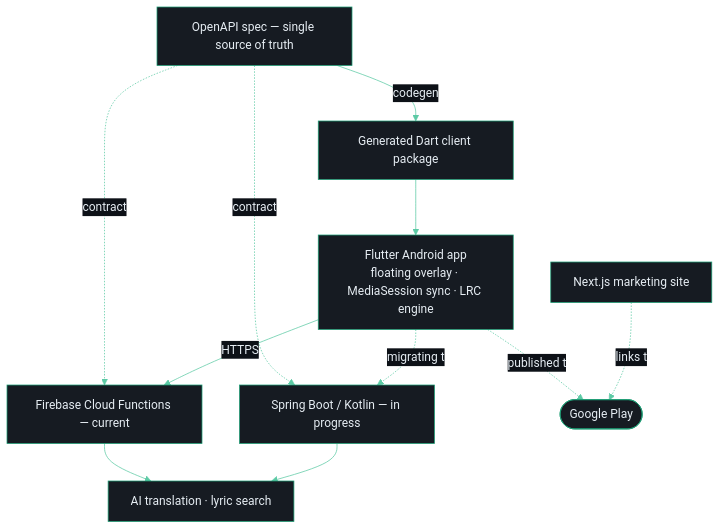
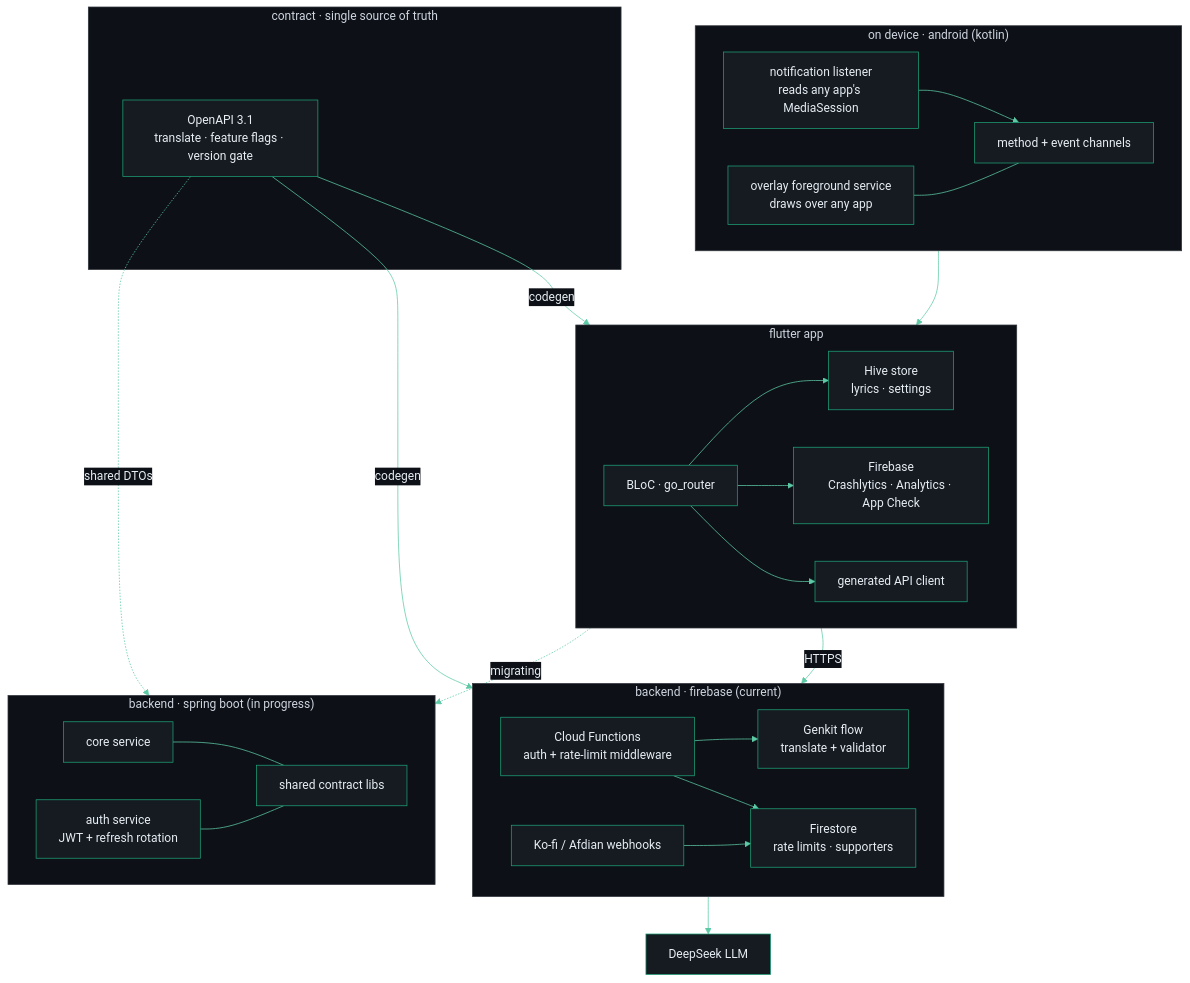
One commit to fewling/fewling changed the diagram in README.md. Above: the diagram before and after it, drawn with Mermaid. The commit also changed other lines of this file and 1 other file, not shown here.

Commit message:
Deepen profile: animated header, layered architecture, senior-altitude copy

````diff
--- a/README.md
+++ b/README.md
@@ -32,23 +38,52 @@
 ```mermaid
-%%{init: {'theme':'base','themeVariables':{'fontFamily':'ui-monospace, SFMono-Regular, Menlo, monospace','primaryColor':'#161b22','mainBkg':'#161b22','primaryTextColor':'#e6edf3','nodeTextColor':'#e6edf3','primaryBorderColor':'#1D9E75','nodeBorder':'#1D9E75','lineColor':'#5DCAA5','textColor':'#adbac7','edgeLabelBackground':'#0d1117'}}}%%
-flowchart TD
-    spec["OpenAPI spec — single source of truth"]
-    gen["Generated Dart client package"]
-    app["Flutter Android app<br/>floating overlay · MediaSession sync · LRC engine"]
-    fb["Firebase Cloud Functions — current"]
-    sb["Spring Boot / Kotlin — in progress"]
-    svc["AI translation · lyric search"]
-    web["Next.js marketing site"]
-    play(["Google Play"])
+%%{init: {'theme':'base','themeVariables':{'fontFamily':'ui-monospace, SFMono-Regular, Menlo, monospace','primaryColor':'#161b22','mainBkg':'#161b22','primaryTextColor':'#e6edf3','nodeTextColor':'#e6edf3','primaryBorderColor':'#1D9E75','nodeBorder':'#1D9E75','lineColor':'#5DCAA5','textColor':'#adbac7','clusterBkg':'#0d1117','clusterBorder':'#30363d','edgeLabelBackground':'#0d1117'}}}%%
+flowchart TB
+  subgraph DEV["on device · android (kotlin)"]
+    direction LR
+    NL["notification listener<br/>reads any app's MediaSession"]
+    OV["overlay foreground service<br/>draws over any app"]
+    PC["method + event channels"]
+  end
+  subgraph APP["flutter app"]
+    direction LR
+    BLOC["BLoC · go_router"]
+    HIVE["Hive store<br/>lyrics · settings"]
+    OBS["Firebase<br/>Crashlytics · Analytics · App Check"]
+    CLI["generated API client"]
+  end
+  subgraph CON["contract · single source of truth"]
+    SPEC["OpenAPI 3.1<br/>translate · feature flags · version gate"]
+  end
+  subgraph FB["backend · firebase (current)"]
+    direction LR
+    FN["Cloud Functions<br/>auth + rate-limit middleware"]
+    GK["Genkit flow<br/>translate + validator"]
+    FS["Firestore<br/>rate limits · supporters"]
+    WH["Ko-fi / Afdian webhooks"]
+  end
+  subgraph SB["backend · spring boot (in progress)"]
+    direction LR
+    CORE["core service"]
+    AUTH["auth service<br/>JWT + refresh rotation"]
+    LIBS["shared contract libs"]
+  end
+  DS["DeepSeek LLM"]
 
-    spec -->|codegen| gen
-    gen --> app
-    spec -.contract.-> fb
-    spec -.contract.-> sb
-    app -->|HTTPS| fb
-    app -.migrating to.-> sb
-    fb --> svc
-    sb --> svc
-    app -.published to.-> play
-    web -.links to.-> play
+  NL --> PC
+  OV --- PC
+  PC --> BLOC
+  BLOC --> HIVE
+  BLOC --> OBS
+  BLOC --> CLI
+  SPEC -->|codegen| CLI
+  SPEC -->|codegen| FN
+  SPEC -.shared DTOs.-> LIBS
+  CLI -->|HTTPS| FN
+  CLI -.migrating.-> CORE
+  FN --> GK
+  FN --> FS
+  WH --> FS
+  GK --> DS
+  CORE --- LIBS
+  AUTH --- LIBS
 ```
````
